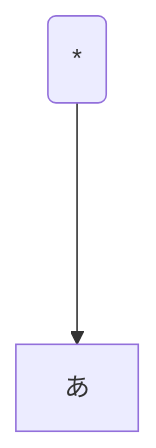
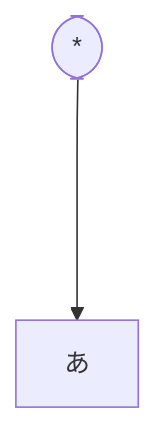
The diagram in document/math-expression-parser.md (MathotaGamma/MathotaGamma.github.io), drawn with Mermaid before and after one commit.

````diff
--- a/document/math-expression-parser.md
+++ b/document/math-expression-parser.md
@@ -316,5 +316,5 @@
 ```mermaid
 flowchart TD
-  A(*)
-  A ----> B[あ]
+  A(["*"])
+  A ----> B["あ"]
 ```
````
